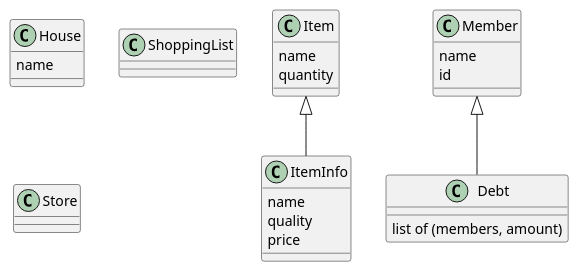
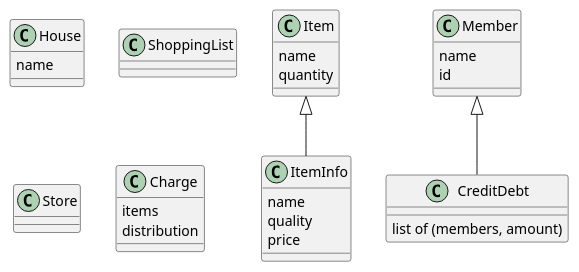
Before and after one commit to willemnielsen/House-App: the fourth of 4 diagrams in doc/design.md, drawn with PlantUML. The commit also changed other lines of this file and 1 other file, not shown here.

Commit message:
Renamed charge-housemates.md to charge.md. Updated charge.md. Added our sequence diagram and classes to design.md.

````diff
--- a/doc/design.md
+++ b/doc/design.md
@@ -74,32 +100,36 @@
 ```plantuml
 @startuml
 
 class House {
     name
     }
 
 class ShoppingList
 class Item {
     name
     quantity 
     }
 class ItemInfo {
     name
     quality
     price
     }
 class Store
 class Member {
     name
     id
     }
 
-class Debt {
+class CreditDebt {
     list of (members, amount)
     }
+class Charge {
+    items
+    distribution
+    }
 
-Member <|-- Debt
+Member <|-- CreditDebt
 Item <|-- ItemInfo 
 
 @enduml
 ```
````
